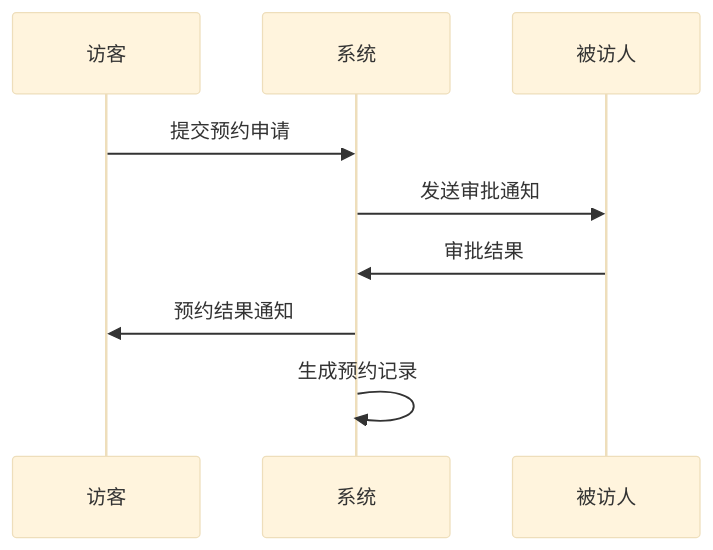
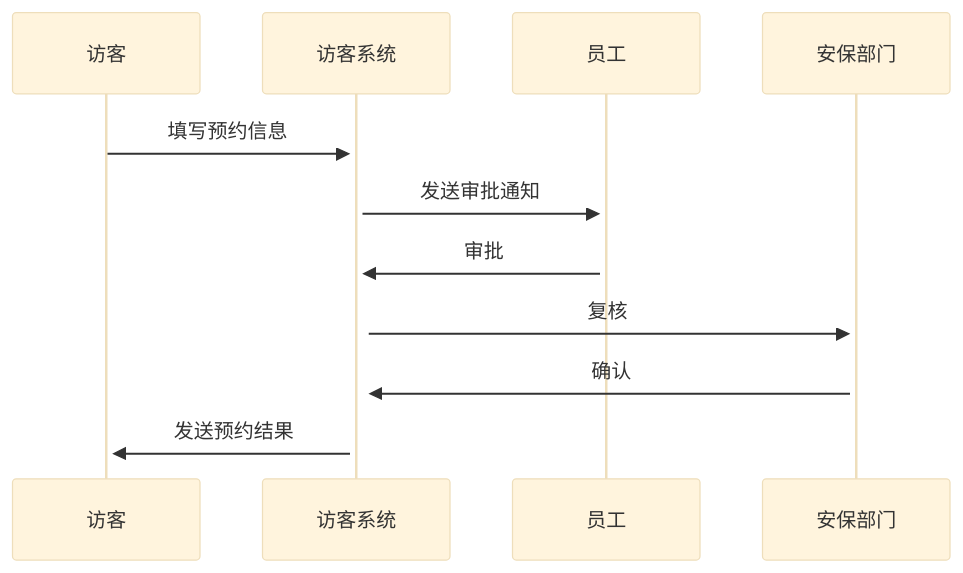
The second of 3 diagrams in devel/outlinedesign.md (yuhaibao39/n8ndeploy), drawn with Mermaid (base theme) before and after one commit. The commit also changed other lines of this file, not shown here.

````diff
--- a/devel/outlinedesign.md
+++ b/devel/outlinedesign.md
@@ -54,8 +60,9 @@
 ```mermaid
 sequenceDiagram
-    访客->>系统: 提交预约申请
-    系统->>被访人: 发送审批通知
-    被访人->>系统: 审批结果
-    系统->>访客: 预约结果通知
-    系统->>系统: 生成预约记录
+    访客->>+访客系统: 填写预约信息
+    访客系统->>+员工: 发送审批通知
+    员工->>+访客系统: 审批
+    访客系统->>+安保部门: 复核
+    安保部门->>+访客系统: 确认
+    访客系统->>+访客: 发送预约结果
 ```
````
